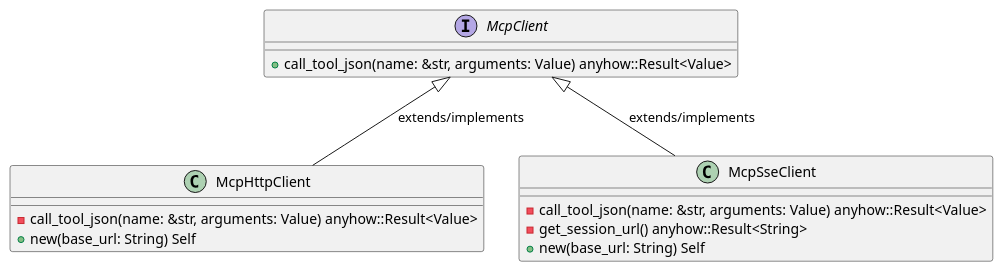
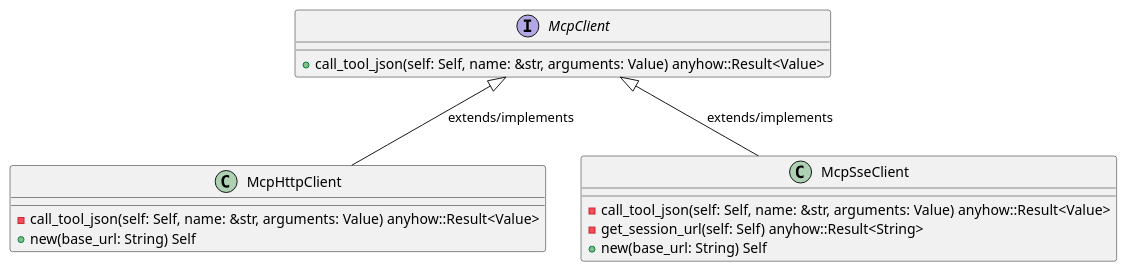
Before and after one commit to lgcorzo/rust_CACD_autonomous_factory: the first of 6 diagrams in openwiki/crates_factory_infrastructure_src_mcp_client.md, drawn with PlantUML. The commit also changed other lines of this file and 95 other files, not shown here.

````diff
--- a/openwiki/crates_factory_infrastructure_src_mcp_client.md
+++ b/openwiki/crates_factory_infrastructure_src_mcp_client.md
@@ -154,19 +155,19 @@
 ```plantuml
 @startuml
 interface McpClient {
-    +call_tool_json(name: &str, arguments: Value) anyhow::Result<Value>
+    +call_tool_json(self: Self, name: &str, arguments: Value) anyhow::Result<Value>
 }
 class McpHttpClient {
-    -call_tool_json(name: &str, arguments: Value) anyhow::Result<Value>
+    -call_tool_json(self: Self, name: &str, arguments: Value) anyhow::Result<Value>
     +new(base_url: String) Self
 }
 McpClient <|-- McpHttpClient : extends/implements
 class McpSseClient {
-    -call_tool_json(name: &str, arguments: Value) anyhow::Result<Value>
-    -get_session_url() anyhow::Result<String>
+    -call_tool_json(self: Self, name: &str, arguments: Value) anyhow::Result<Value>
+    -get_session_url(self: Self) anyhow::Result<String>
     +new(base_url: String) Self
 }
 McpClient <|-- McpSseClient : extends/implements
 @enduml
 
 ```
````
